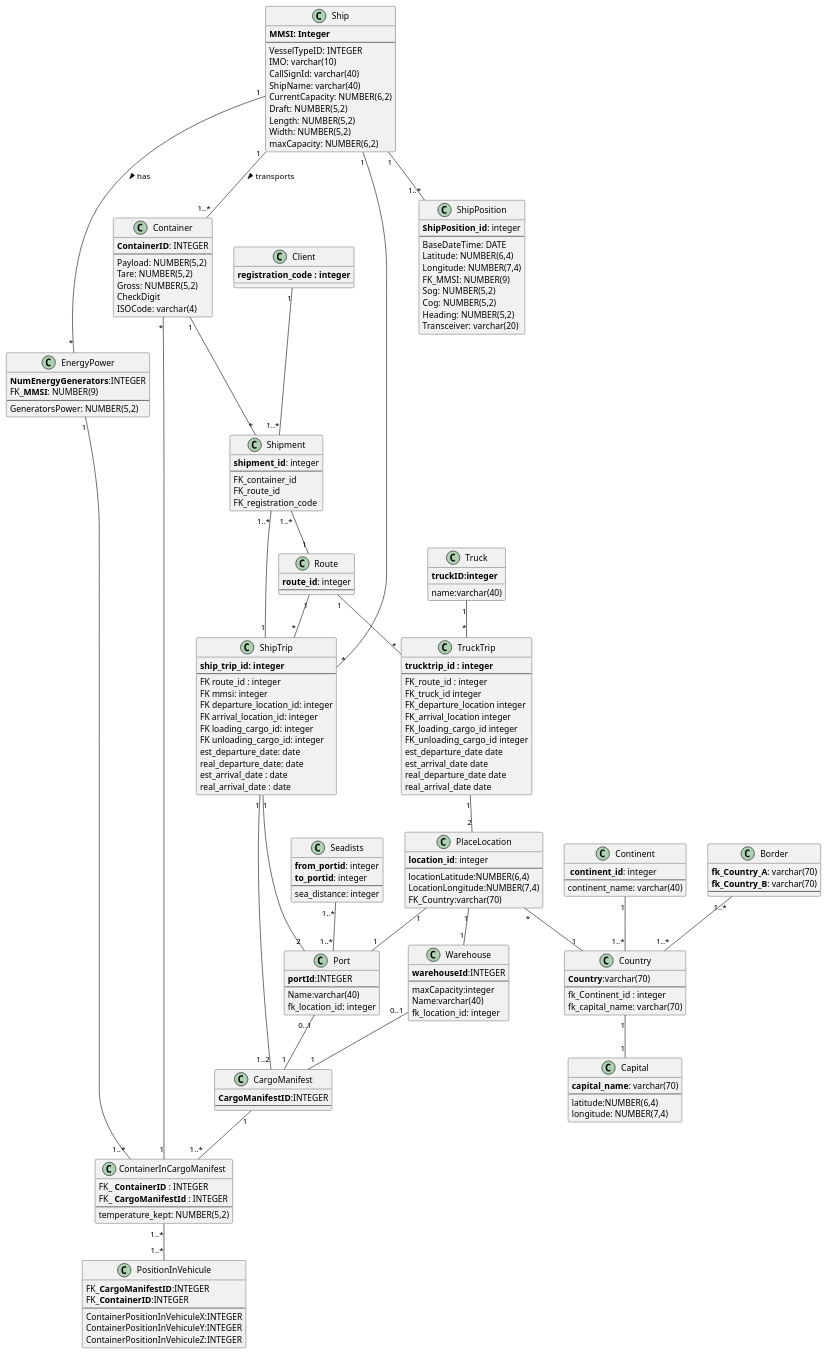
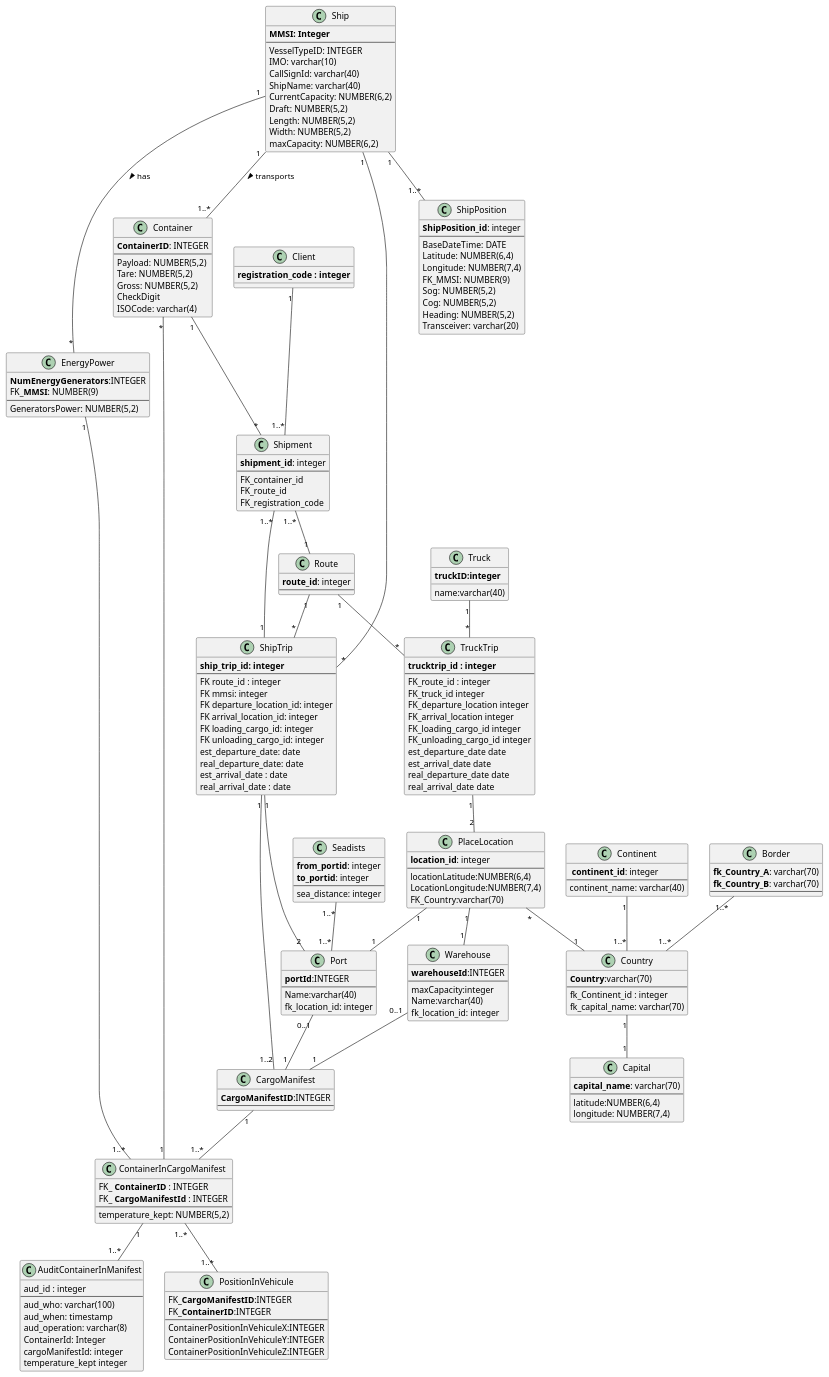
One commit to ana-albergaria/LAPR3-ISEP changed the diagram in docs/Sprint 3/DataModel/Data_Model_Physical.puml. Above: the diagram before and after it, drawn with PlantUML. The commit also changed 7 other files, not shown here.

```diff
--- a/docs/Sprint 3/DataModel/Data_Model_Physical.puml
+++ b/docs/Sprint 3/DataModel/Data_Model_Physical.puml
@@ -12,6 +12,16 @@
 makes sense to know which containers are going to be offloaded?
 
 '/
+class AuditContainerInManifest{
+    aud_id : integer
+    ---
+    aud_who: varchar(100)
+    aud_when: timestamp
+    aud_operation: varchar(8)
+    ContainerId: Integer
+    cargoManifestId: integer
+    temperature_kept integer
+}
 
 class Ship{
     **MMSI: Integer**
@@ -254,4 +264,6 @@
 Truck "1" -- "*" TruckTrip
 TruckTrip "1" -- "2" PlaceLocation
 
+ContainerInCargoManifest "1" -- "1..*" AuditContainerInManifest
+
 @enduml
```
